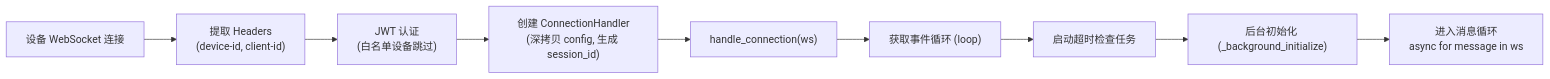
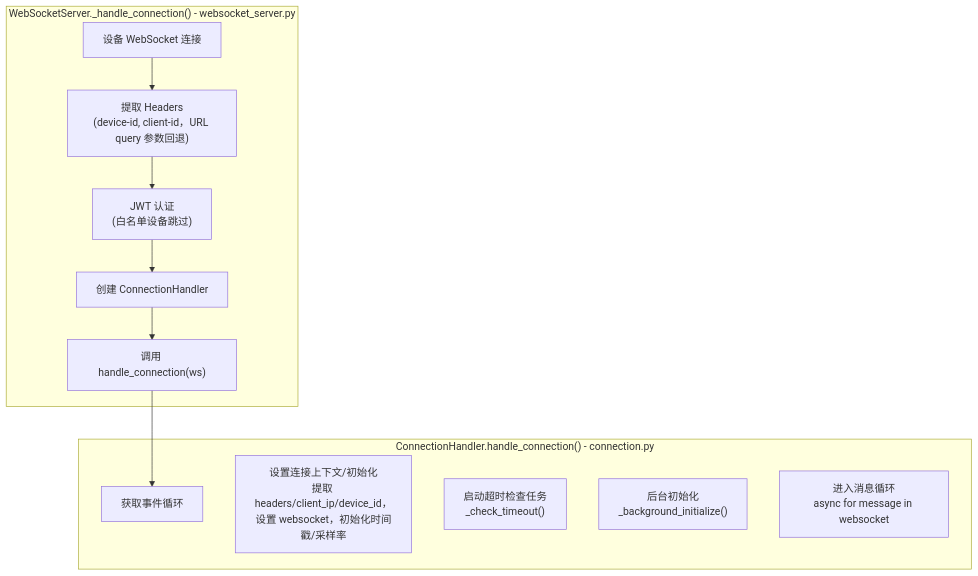
Before and after one commit to 20074021207/xiaozhi-esp32-server: the second of 8 diagrams in docs/xiaozhi-server-training-lite.md, drawn with Mermaid. The commit also changed other lines of this file and 1 other file, not shown here.

Commit message:
update docs/xiaozhi-server-training-lite.md and docs/xiaozhi-server-training.md

````diff
--- a/docs/xiaozhi-server-training-lite.md
+++ b/docs/xiaozhi-server-training-lite.md
@@ -211,11 +220,19 @@
 ```mermaid
-flowchart LR
-    A["设备 WebSocket 连接"] --> B["提取 Headers<br/>(device-id, client-id)"]
-    B --> C["JWT 认证<br/>(白名单设备跳过)"]
-    C --> D["创建 ConnectionHandler<br/>(深拷贝 config, 生成 session_id)"]
-    D --> E["handle_connection(ws)"]
-    E --> F["获取事件循环 (loop)"]
-    F --> G["启动超时检查任务"]
-    G --> H["后台初始化 (_background_initialize)"]
-    H --> I["进入消息循环<br/>async for message in ws"]
+flowchart TB
+    subgraph WS["WebSocketServer._handle_connection() - websocket_server.py"]
+        A["设备 WebSocket 连接"] --> B["提取 Headers<br/>(device-id, client-id，URL query 参数回退)"]
+        B --> C["JWT 认证<br/>(白名单设备跳过)"]
+        C --> D["创建 ConnectionHandler"]
+        D --> E["调用 handle_connection(ws)"]
+    end
+
+    subgraph CH["ConnectionHandler.handle_connection() - connection.py"]
+        F["获取事件循环"]
+        G["设置连接上下文/初始化<br/>提取 headers/client_ip/device_id，设置 websocket，初始化时间戳/采样率"]
+        H["启动超时检查任务<br/>_check_timeout()"]
+        I["后台初始化<br/>_background_initialize()"]
+        J["进入消息循环<br/>async for message in websocket"]
+    end
+
+    E --> F
 ```
````
